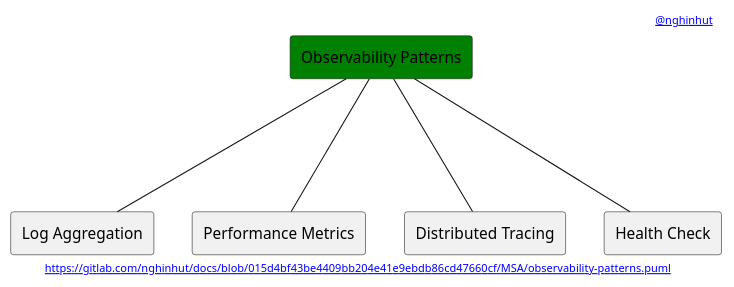
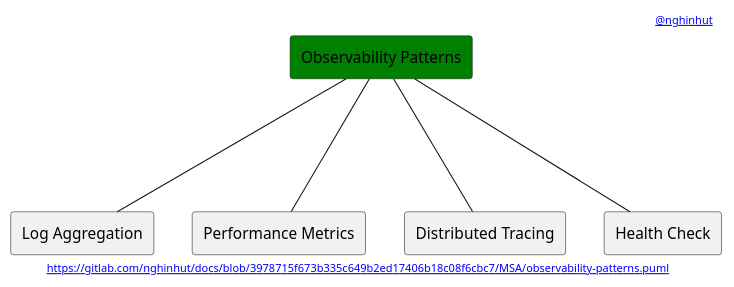
One commit to nghinhut/docs changed the diagram in MSA/observability-patterns.puml. Above: the diagram before and after it, drawn with PlantUML. The commit also changed 22 other files, not shown here.

Commit message:
Update diagrams

```diff
--- a/MSA/observability-patterns.puml
+++ b/MSA/observability-patterns.puml
@@ -1,18 +1,18 @@
 @startuml
 '-----START auto generated metadata please keep comment here to allow auto update-----
 '-----DON'T EDIT THIS SECTION, INSTEAD RE-RUN prebuild.sh TO UPDATE-----
-header [[https://www.nghinhut.dev?from=http%5C%3A%5C%2F%5C%2Fwww%5C.plantuml%5C.com%5C%2Fplantuml%5C%2Fproxy%3Ffmt%3Dsvg%5C%26src%3Dhttps%5C%3A%5C%2F%5C%2Fgitlab%5C.com%5C%2Fnghinhut%5C%2Fdocs%5C%2Fraw%5C%2F015d4bf43be4409bb204e41e9ebdb86cd47660cf%5C%2FMSA%5C%2Fobservability-patterns%5C.puml%0A @nghinhut]]
-footer [[http://www.plantuml.com/plantuml/proxy?fmt=svg&src=https://gitlab.com/nghinhut/docs/raw/015d4bf43be4409bb204e41e9ebdb86cd47660cf/MSA/observability-patterns.puml https://gitlab.com/nghinhut/docs/blob/015d4bf43be4409bb204e41e9ebdb86cd47660cf/MSA/observability-patterns.puml]]
+header [[https://www.nghinhut.dev?from=http%5C%3A%5C%2F%5C%2Fwww%5C.plantuml%5C.com%5C%2Fplantuml%5C%2Fproxy%3Ffmt%3Dsvg%5C%26src%3Dhttps%5C%3A%5C%2F%5C%2Fgitlab%5C.com%5C%2Fnghinhut%5C%2Fdocs%5C%2Fraw%5C%2F3978715f673b335c649b2ed17406b18c08f6cbc7%5C%2FMSA%5C%2Fobservability-patterns%5C.puml%0A @nghinhut]]
+footer [[http://www.plantuml.com/plantuml/proxy?fmt=svg&src=https://gitlab.com/nghinhut/docs/raw/3978715f673b335c649b2ed17406b18c08f6cbc7/MSA/observability-patterns.puml https://gitlab.com/nghinhut/docs/blob/3978715f673b335c649b2ed17406b18c08f6cbc7/MSA/observability-patterns.puml]]
 '-----END auto generated metadata please keep comment here to allow auto update-----
 
 rectangle "Observability Patterns" as Observability #green
 
 rectangle "Log Aggregation" as ObservabilityP1
 rectangle "Performance Metrics" as ObservabilityP2
 rectangle "Distributed Tracing" as ObservabilityP3
 rectangle "Health Check" as ObservabilityP4
 Observability --- ObservabilityP1
 Observability --- ObservabilityP2
 Observability --- ObservabilityP3
 Observability --- ObservabilityP4
 @enduml
```
